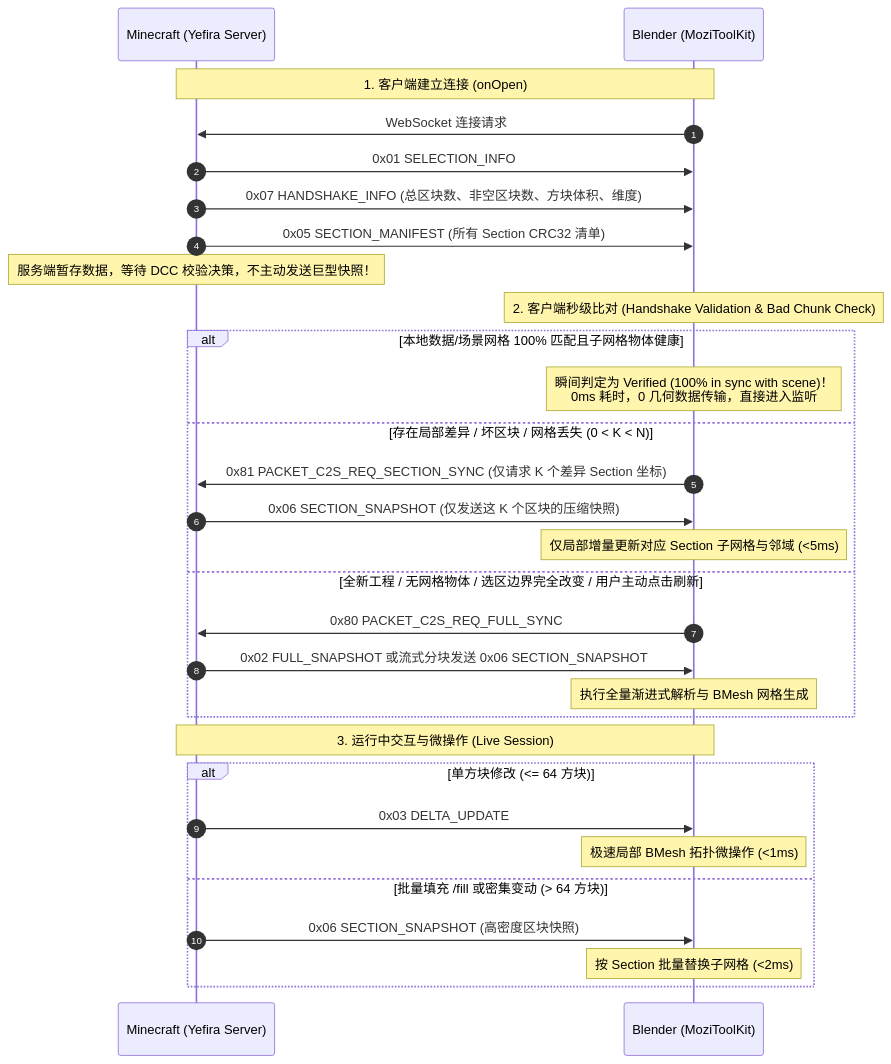
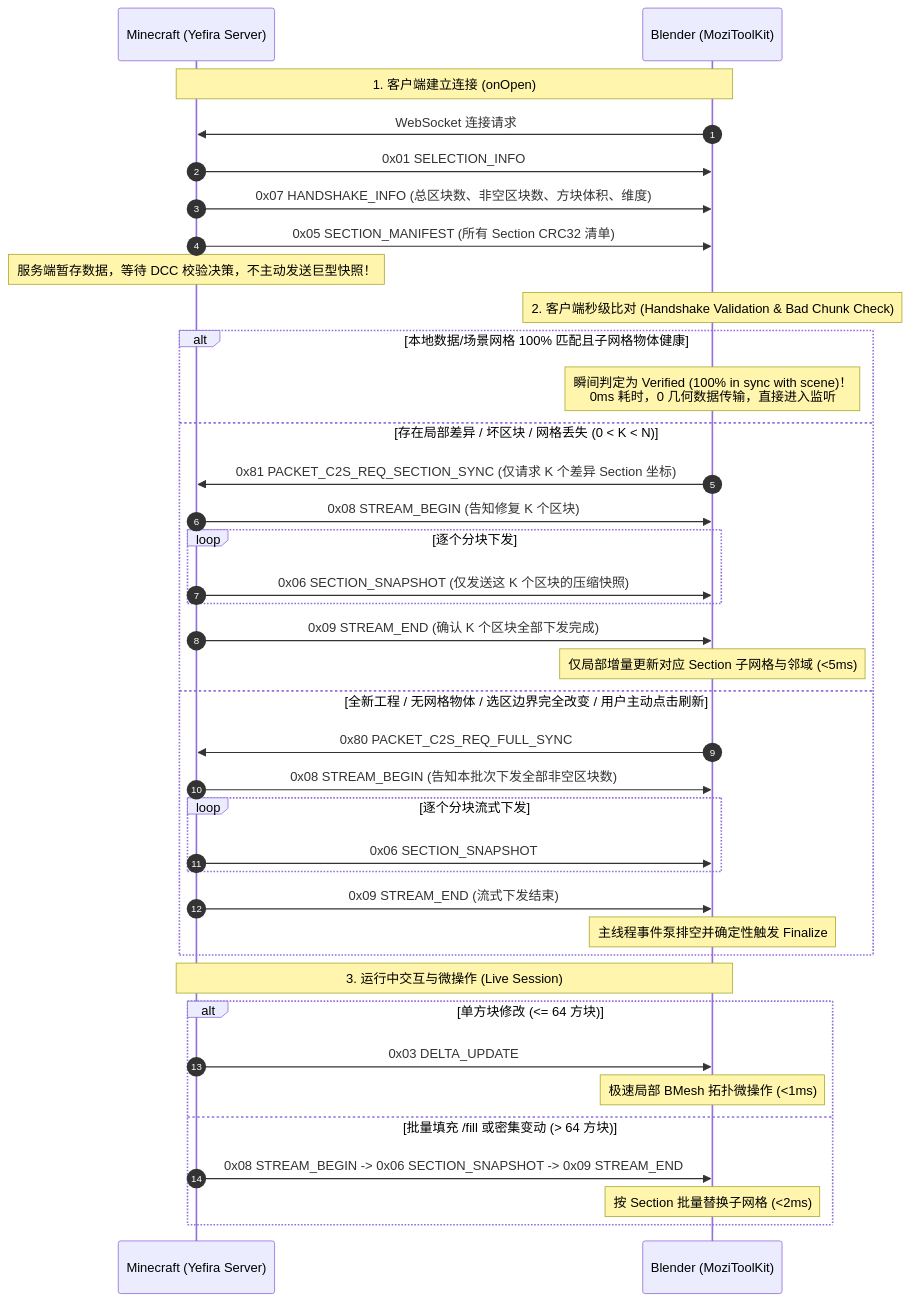
The diagram in docs/live_sync/live_sync_protocol.md (mozi1924/MoziToolKit), drawn with Mermaid before and after one commit. The commit also changed other lines of this file and 5 other files, not shown here.

````diff
--- a/docs/live_sync/live_sync_protocol.md
+++ b/docs/live_sync/live_sync_protocol.md
@@ -168,35 +190,43 @@
 ```mermaid
 sequenceDiagram
     autonumber
     participant MC as Minecraft (Yefira Server)
     participant DCC as Blender (MoziToolKit)
 
     Note over MC,DCC: 1. 客户端建立连接 (onOpen)
     DCC->>MC: WebSocket 连接请求
     MC->>DCC: 0x01 SELECTION_INFO
     MC->>DCC: 0x07 HANDSHAKE_INFO (总区块数、非空区块数、方块体积、维度)
     MC->>DCC: 0x05 SECTION_MANIFEST (所有 Section CRC32 清单)
     Note over MC: 服务端暂存数据，等待 DCC 校验决策，不主动发送巨型快照！
 
     Note over DCC: 2. 客户端秒级比对 (Handshake Validation & Bad Chunk Check)
     alt 本地数据/场景网格 100% 匹配且子网格物体健康
         Note over DCC: 瞬间判定为 Verified (100% in sync with scene)！<br/>0ms 耗时，0 几何数据传输，直接进入监听
     else 存在局部差异 / 坏区块 / 网格丢失 (0 < K < N)
         DCC->>MC: 0x81 PACKET_C2S_REQ_SECTION_SYNC (仅请求 K 个差异 Section 坐标)
-        MC->>DCC: 0x06 SECTION_SNAPSHOT (仅发送这 K 个区块的压缩快照)
+        MC->>DCC: 0x08 STREAM_BEGIN (告知修复 K 个区块)
+        loop 逐个分块下发
+            MC->>DCC: 0x06 SECTION_SNAPSHOT (仅发送这 K 个区块的压缩快照)
+        end
+        MC->>DCC: 0x09 STREAM_END (确认 K 个区块全部下发完成)
         Note over DCC: 仅局部增量更新对应 Section 子网格与邻域 (<5ms)
     else 全新工程 / 无网格物体 / 选区边界完全改变 / 用户主动点击刷新
         DCC->>MC: 0x80 PACKET_C2S_REQ_FULL_SYNC
-        MC->>DCC: 0x02 FULL_SNAPSHOT 或流式分块发送 0x06 SECTION_SNAPSHOT
-        Note over DCC: 执行全量渐进式解析与 BMesh 网格生成
+        MC->>DCC: 0x08 STREAM_BEGIN (告知本批次下发全部非空区块数)
+        loop 逐个分块流式下发
+            MC->>DCC: 0x06 SECTION_SNAPSHOT
+        end
+        MC->>DCC: 0x09 STREAM_END (流式下发结束)
+        Note over DCC: 主线程事件泵排空并确定性触发 Finalize
     end
 
     Note over MC,DCC: 3. 运行中交互与微操作 (Live Session)
     alt 单方块修改 (<= 64 方块)
         MC->>DCC: 0x03 DELTA_UPDATE
         Note over DCC: 极速局部 BMesh 拓扑微操作 (<1ms)
     else 批量填充 /fill 或密集变动 (> 64 方块)
-        MC->>DCC: 0x06 SECTION_SNAPSHOT (高密度区块快照)
+        MC->>DCC: 0x08 STREAM_BEGIN -> 0x06 SECTION_SNAPSHOT -> 0x09 STREAM_END
         Note over DCC: 按 Section 批量替换子网格 (<2ms)
     end
 ```
````
